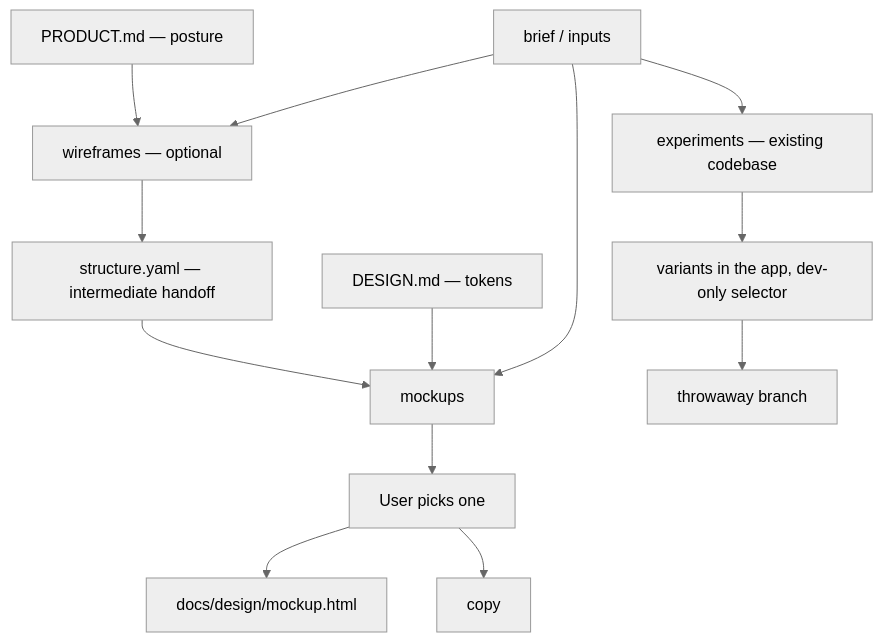
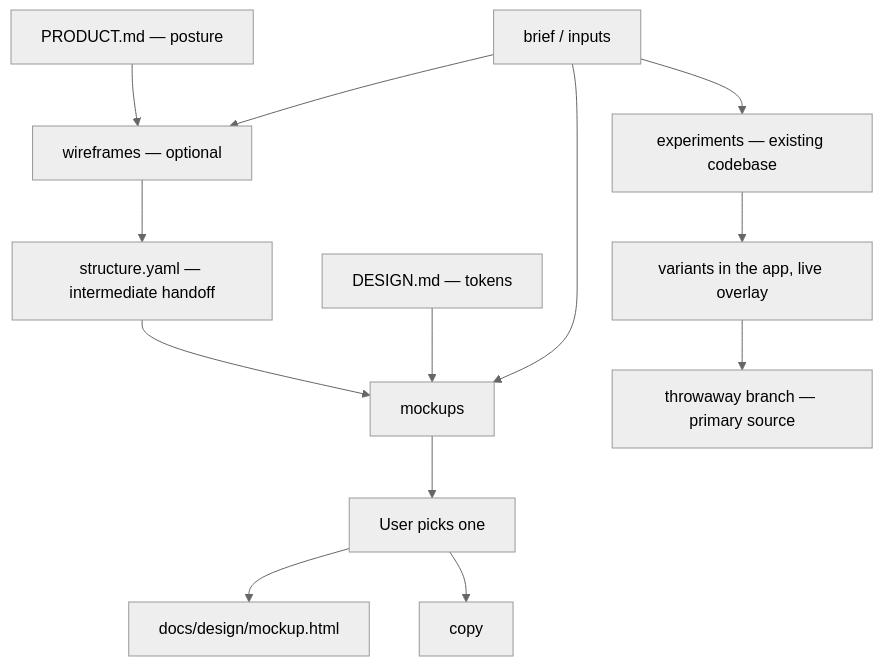
Before and after one commit to adeonir/agent-skills: the diagram in skills/product/craft-ui/README.md, drawn with Mermaid (neutral theme). The commit also changed other lines of this file and 5 other files, not shown here.

Commit message:
feat(craft-ui): pick elements and request variants from an overlay in the running app

````diff
--- a/skills/product/craft-ui/README.md
+++ b/skills/product/craft-ui/README.md
@@ -7,15 +7,15 @@
 ```mermaid
 flowchart TD
     I[brief / inputs] --> W[wireframes — optional]
     P[PRODUCT.md — posture] --> W
     W --> S[structure.yaml — intermediate handoff]
     S --> M[mockups]
     I --> M
     D[DESIGN.md — tokens] --> M
     M --> Pick[User picks one]
     Pick --> F[docs/design/mockup.html]
     Pick --> C[copy]
     I --> E[experiments — existing codebase]
-    E --> V[variants in the app, dev-only selector]
-    V --> R[throwaway branch]
+    E --> V[variants in the app, live overlay]
+    V --> R[throwaway branch — primary source]
 ```
````
